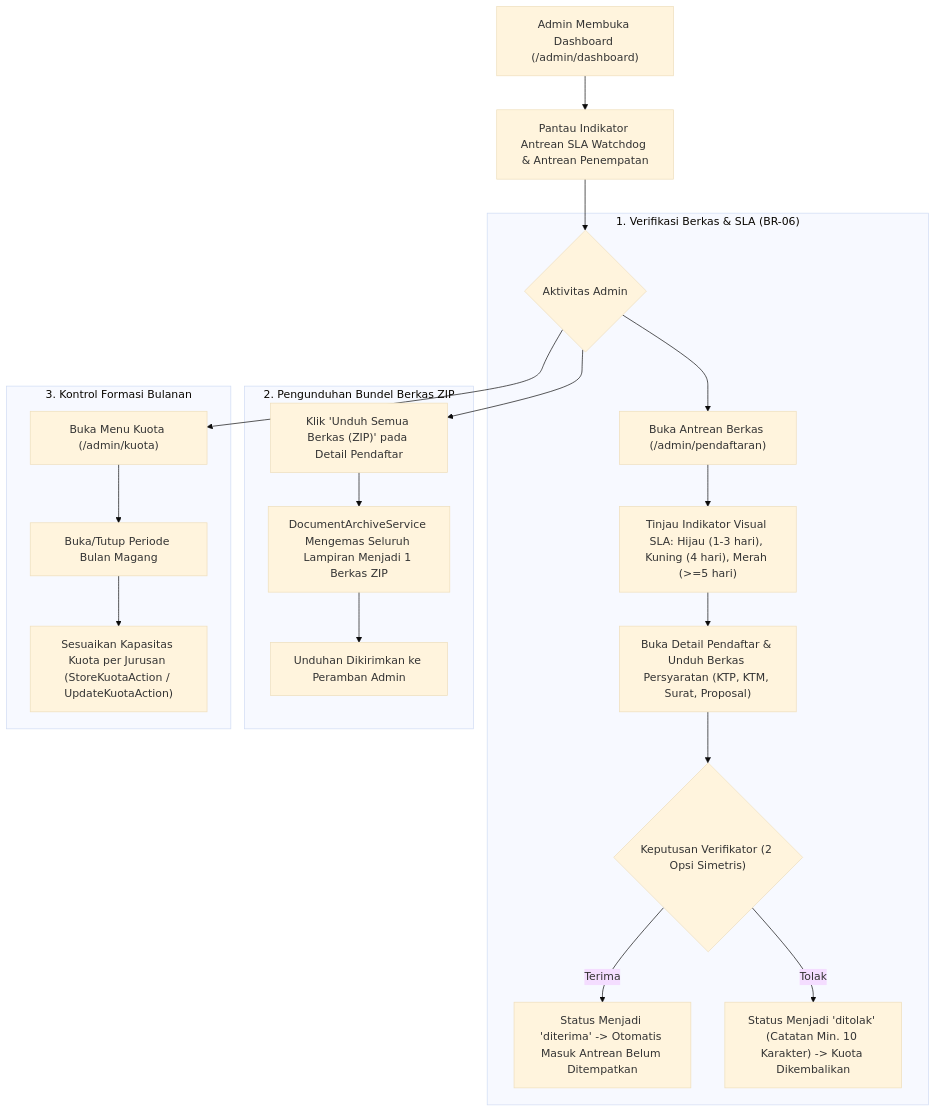
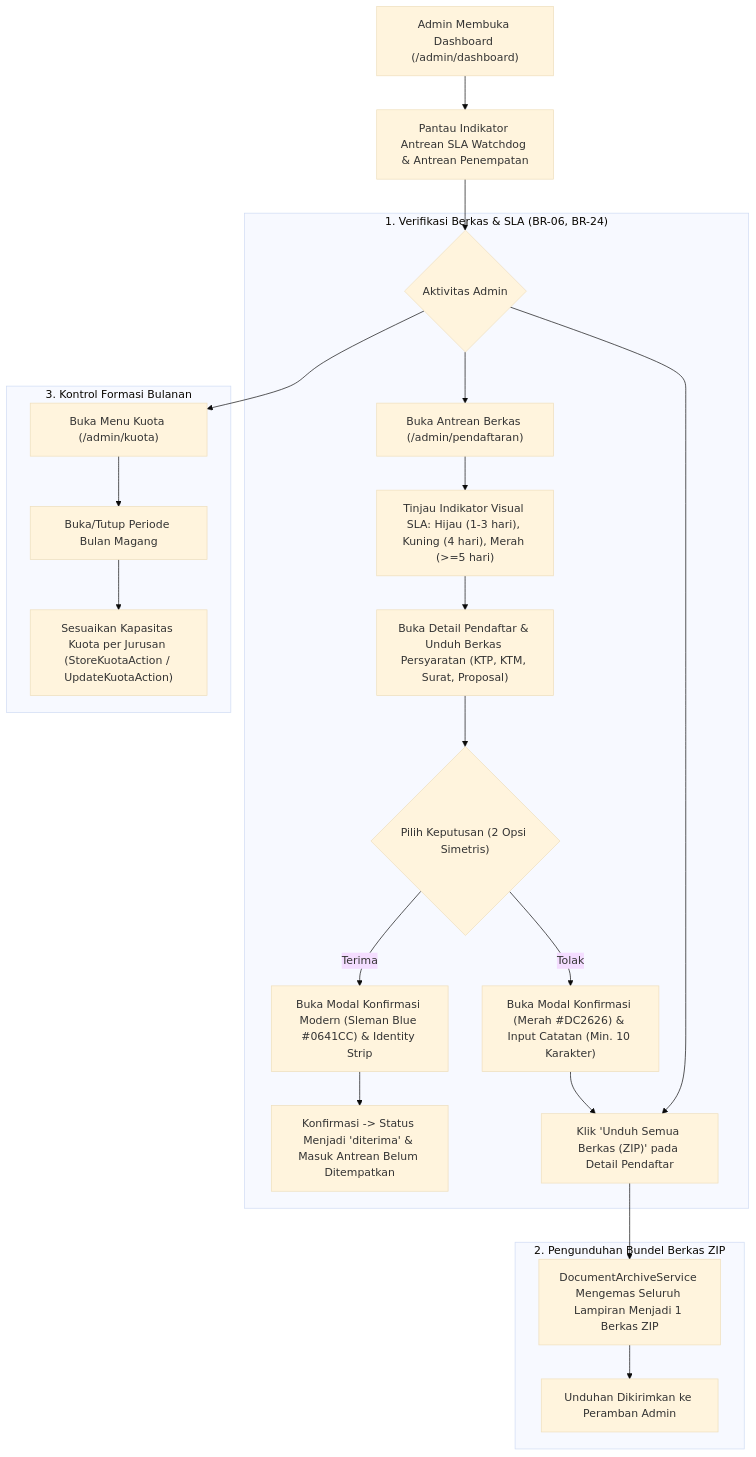
One commit to EvilAekt/MAGKOM changed the diagram in docs/features/administration.md. Above: the diagram before and after it, drawn with Mermaid (base theme). The commit also changed other lines of this file and 10 other files, not shown here.

````diff
--- a/docs/features/administration.md
+++ b/docs/features/administration.md
@@ -35,27 +35,29 @@
 ```mermaid
 flowchart TD
     A["Admin Membuka Dashboard (/admin/dashboard)"] --> B["Pantau Indikator Antrean SLA Watchdog & Antrean Penempatan"]
     
     B --> C{"Aktivitas Admin"}
 
-    subgraph VerifikasiBerkas ["1. Verifikasi Berkas & SLA (BR-06)"]
+    subgraph VerifikasiBerkas ["1. Verifikasi Berkas & SLA (BR-06, BR-24)"]
         C --> D["Buka Antrean Berkas (/admin/pendaftaran)"]
         D --> E["Tinjau Indikator Visual SLA: Hijau (1-3 hari), Kuning (4 hari), Merah (>=5 hari)"]
         E --> F["Buka Detail Pendaftar & Unduh Berkas Persyaratan (KTP, KTM, Surat, Proposal)"]
-        F --> G{"Keputusan Verifikator (2 Opsi Simetris)"}
-        G -- "Terima" --> H["Status Menjadi 'diterima' -> Otomatis Masuk Antrean Belum Ditempatkan"]
-        G -- "Tolak" --> J["Status Menjadi 'ditolak' (Catatan Min. 10 Karakter) -> Kuota Dikembalikan"]
+        F --> G{"Pilih Keputusan (2 Opsi Simetris)"}
+        G -- "Terima" --> H["Buka Modal Konfirmasi Modern (Sleman Blue #0641CC) & Identity Strip"]
+        H --> I["Konfirmasi -> Status Menjadi 'diterima' & Masuk Antrean Belum Ditempatkan"]
+        G -- "Tolak" --> J["Buka Modal Konfirmasi (Merah #DC2626) & Input Catatan (Min. 10 Karakter)"]
+        J --> K["Konfirmasi -> Status Menjadi 'ditolak' & Kuota Dikembalikan Otomatis"]
     end
 
     subgraph ArsipZip ["2. Pengunduhan Bundel Berkas ZIP"]
         C --> K["Klik 'Unduh Semua Berkas (ZIP)' pada Detail Pendaftar"]
         K --> L["DocumentArchiveService Mengemas Seluruh Lampiran Menjadi 1 Berkas ZIP"]
         L --> M["Unduhan Dikirimkan ke Peramban Admin"]
     end
 
     subgraph KelolaKuota ["3. Kontrol Formasi Bulanan"]
         C --> N["Buka Menu Kuota (/admin/kuota)"]
         N --> O["Buka/Tutup Periode Bulan Magang"]
         O --> P["Sesuaikan Kapasitas Kuota per Jurusan (StoreKuotaAction / UpdateKuotaAction)"]
     end
 ```
````
